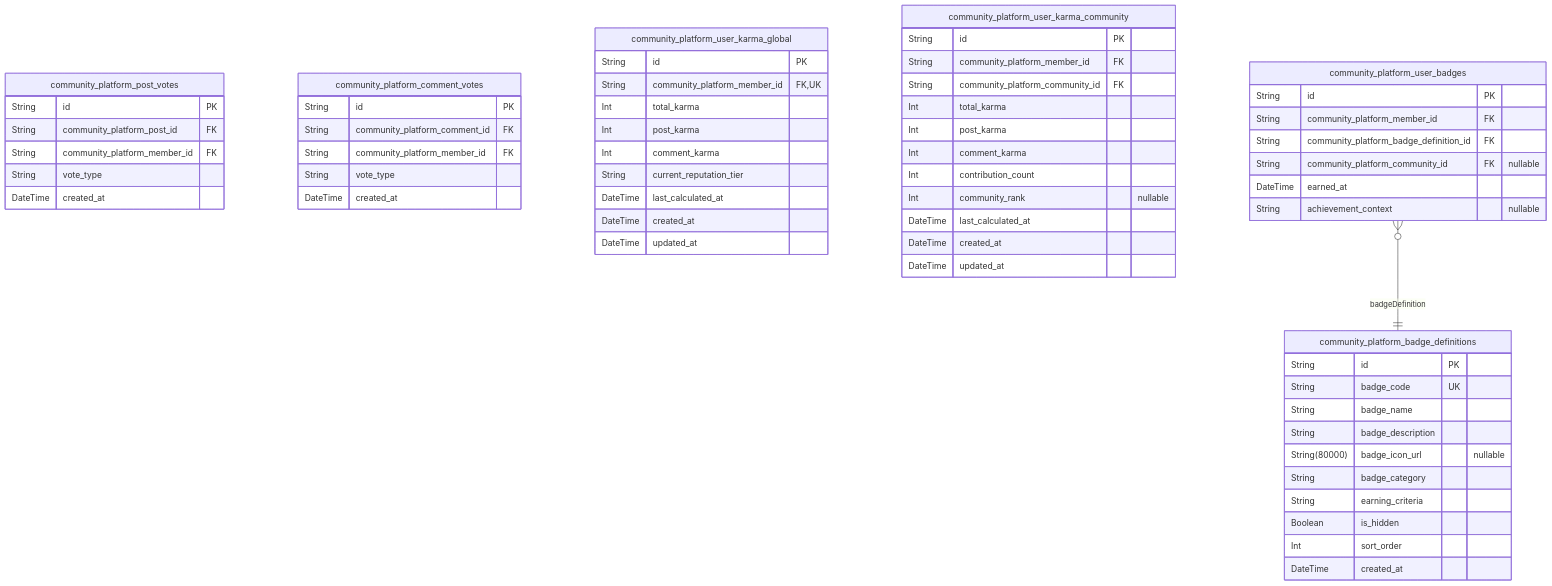
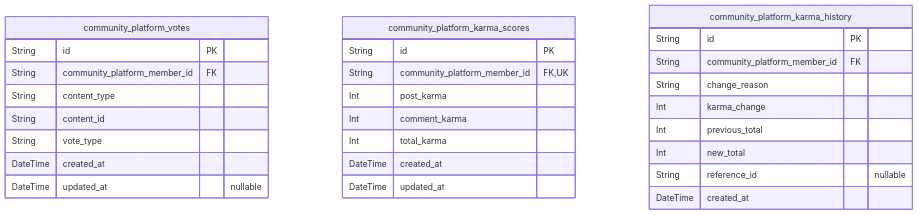
One commit to wrtnlabs/autobe-examples changed the fifth of 9 diagrams in anthropic/claude-haiku-4.5/reddit/docs/ERD.md. Above: the diagram before and after it, drawn with Mermaid. The commit also changed other lines of this file and 22498 other files, not shown here.

````diff
--- a/anthropic/claude-haiku-4.5/reddit/docs/ERD.md
+++ b/anthropic/claude-haiku-4.5/reddit/docs/ERD.md
@@ -1078,62 +1202,31 @@
 ```mermaid
 erDiagram
-"community_platform_post_votes" {
+"community_platform_votes" {
   String id PK
-  String community_platform_post_id FK
   String community_platform_member_id FK
+  String content_type
+  String content_id
   String vote_type
   DateTime created_at
+  DateTime updated_at "nullable"
 }
-"community_platform_comment_votes" {
-  String id PK
-  String community_platform_comment_id FK
-  String community_platform_member_id FK
-  String vote_type
-  DateTime created_at
-}
-"community_platform_user_karma_global" {
+"community_platform_karma_scores" {
   String id PK
   String community_platform_member_id FK,UK
-  Int total_karma
   Int post_karma
   Int comment_karma
-  String current_reputation_tier
-  DateTime last_calculated_at
+  Int total_karma
   DateTime created_at
   DateTime updated_at
 }
-"community_platform_user_karma_community" {
+"community_platform_karma_history" {
   String id PK
   String community_platform_member_id FK
-  String community_platform_community_id FK
-  Int total_karma
-  Int post_karma
-  Int comment_karma
-  Int contribution_count
-  Int community_rank "nullable"
-  DateTime last_calculated_at
-  DateTime created_at
-  DateTime updated_at
-}
-"community_platform_badge_definitions" {
-  String id PK
-  String badge_code UK
-  String badge_name
-  String badge_description
-  String(80000) badge_icon_url "nullable"
-  String badge_category
-  String earning_criteria
-  Boolean is_hidden
-  Int sort_order
+  String change_reason
+  Int karma_change
+  Int previous_total
+  Int new_total
+  String reference_id "nullable"
   DateTime created_at
 }
-"community_platform_user_badges" {
-  String id PK
-  String community_platform_member_id FK
-  String community_platform_badge_definition_id FK
-  String community_platform_community_id FK "nullable"
-  DateTime earned_at
-  String achievement_context "nullable"
-}
-"community_platform_user_badges" }o--|| "community_platform_badge_definitions" : badgeDefinition
 ```
````
